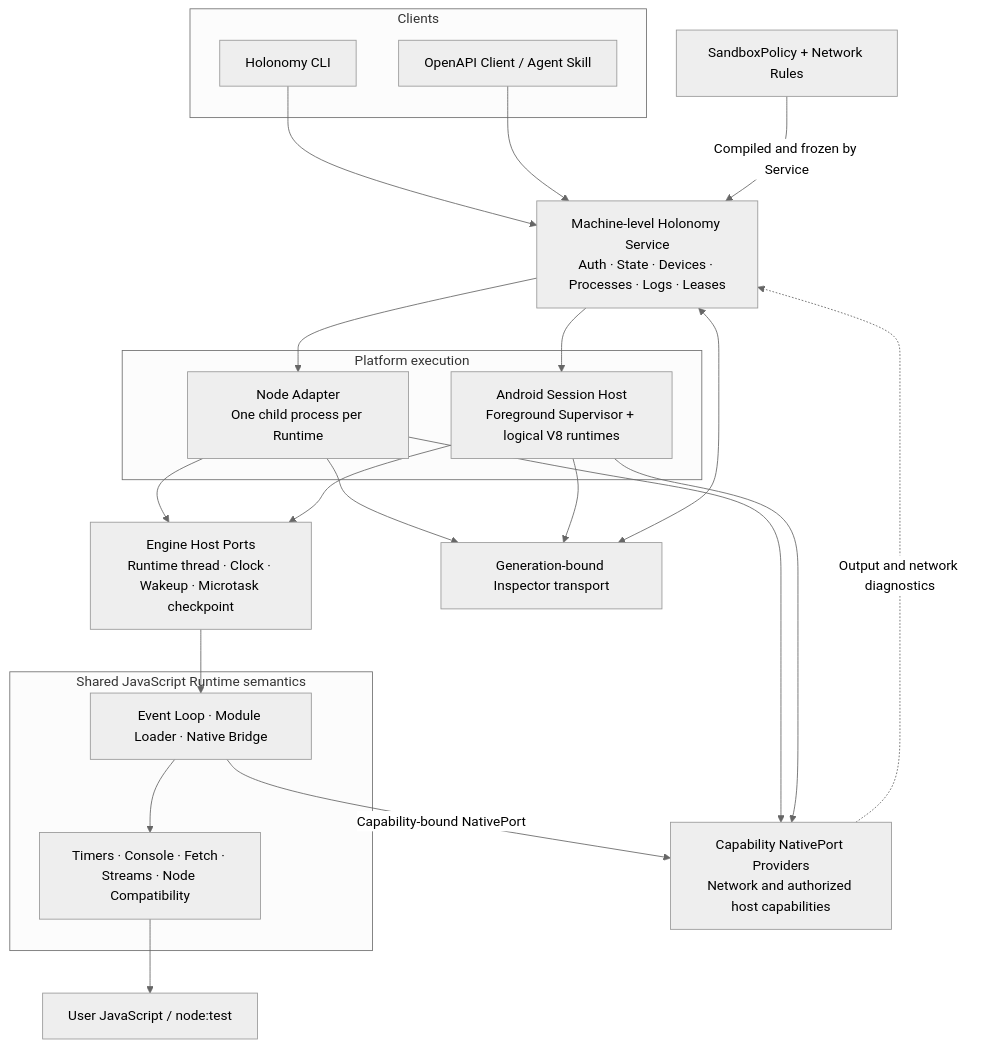
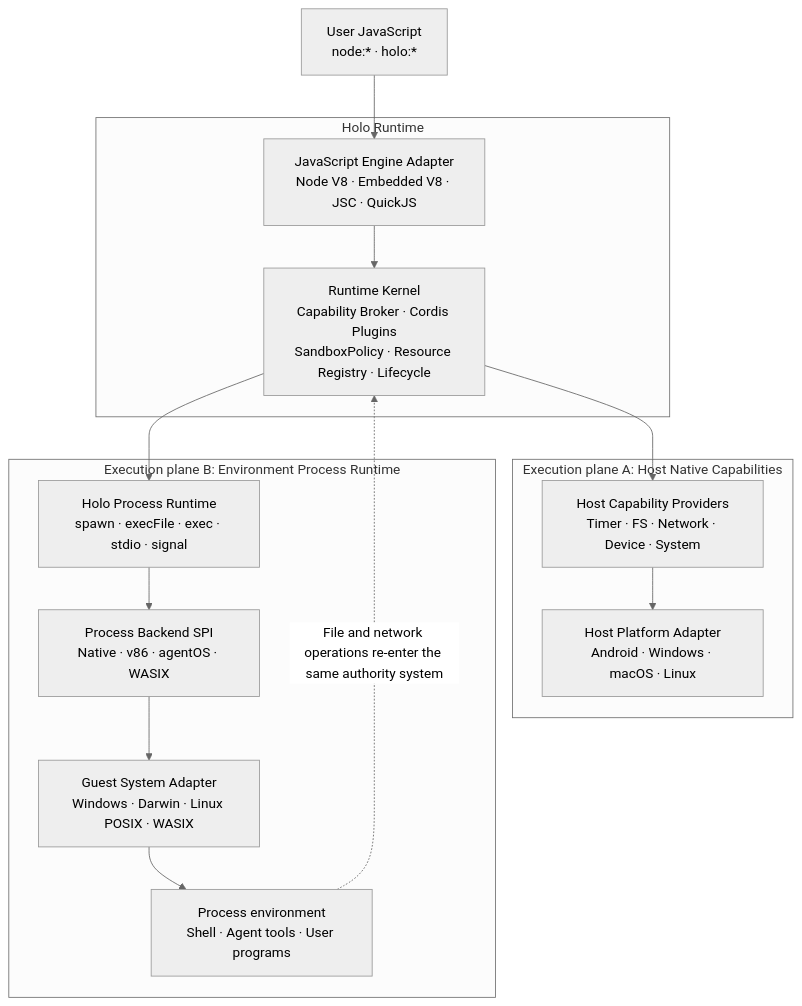
The first of 2 diagrams in .oo/docs/en/concepts/architecture.md (oneworks-ai/holonomy), drawn with Mermaid (neutral theme) before and after one commit. The commit also changed other lines of this file and 1157 other files, not shown here.

Commit message:
feat: complete Holonomy M3.5 v86 runtime

````diff
--- a/.oo/docs/en/concepts/architecture.md
+++ b/.oo/docs/en/concepts/architecture.md
@@ -7,43 +7,31 @@
 ```mermaid
 flowchart TB
-  subgraph clients["Clients"]
-    cli["Holonomy CLI"]
-    api["OpenAPI Client / Agent Skill"]
+  app["User JavaScript<br/>node:* · holo:*"]
+
+  subgraph runtime["Holo Runtime"]
+    engine["JavaScript Engine Adapter<br/>Node V8 · Embedded V8 · JSC · QuickJS"]
+    kernel["Runtime Kernel<br/>Capability Broker · Cordis Plugins<br/>SandboxPolicy · Resource Registry · Lifecycle"]
   end
 
-  service["Machine-level Holonomy Service<br/>Auth · State · Devices · Processes · Logs · Leases"]
-  policy["SandboxPolicy + Network Rules"]
-
-  subgraph targets["Platform execution"]
-    node["Node Adapter<br/>One child process per Runtime"]
-    android["Android Session Host<br/>Foreground Supervisor + logical V8 runtimes"]
+  subgraph nativePlane["Execution plane A: Host Native Capabilities"]
+    providers["Host Capability Providers<br/>Timer · FS · Network · Device · System"]
+    host["Host Platform Adapter<br/>Android · Windows · macOS · Linux"]
   end
 
-  subgraph runtime["Shared JavaScript Runtime semantics"]
-    kernel["Event Loop · Module Loader · Native Bridge"]
-    apis["Timers · Console · Fetch · Streams · Node Compatibility"]
+  subgraph processPlane["Execution plane B: Environment Process Runtime"]
+    process["Holo Process Runtime<br/>spawn · execFile · exec · stdio · signal"]
+    backend["Process Backend SPI<br/>Native · v86 · agentOS · WASIX"]
+    system["Guest System Adapter<br/>Windows · Darwin · Linux POSIX · WASIX"]
+    environment["Process environment<br/>Shell · Agent tools · User programs"]
   end
 
-  guest["User JavaScript / node:test"]
-  engine["Engine Host Ports<br/>Runtime thread · Clock · Wakeup · Microtask checkpoint"]
-  native["Capability NativePort Providers<br/>Network and authorized host capabilities"]
-  inspector["Generation-bound Inspector transport"]
-
-  cli --> service
-  api --> service
-  policy -->|"Compiled and frozen by Service"| service
-  service --> node
-  service --> android
-  node --> engine
-  android --> engine
+  app --> engine
   engine --> kernel
-  node --> native
-  android --> native
-  node --> inspector
-  android --> inspector
-  kernel --> apis
-  apis --> guest
-  kernel -->|"Capability-bound NativePort"| native
-  native -. "Output and network diagnostics" .-> service
-  service <--> inspector
+  kernel --> providers
+  providers --> host
+  kernel --> process
+  process --> backend
+  backend --> system
+  system --> environment
+  environment -. "File and network operations re-enter the same authority system" .-> kernel
 ```
````
